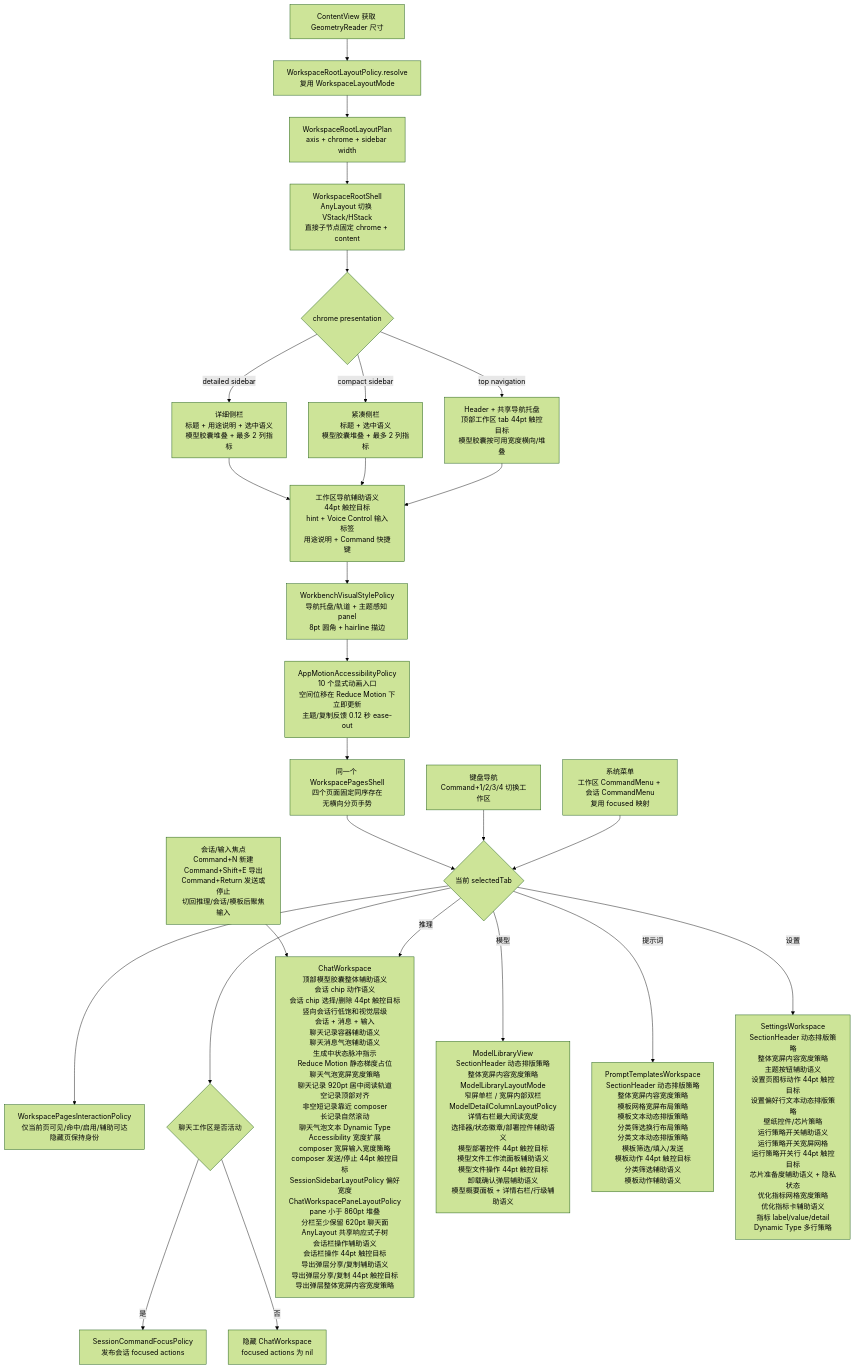
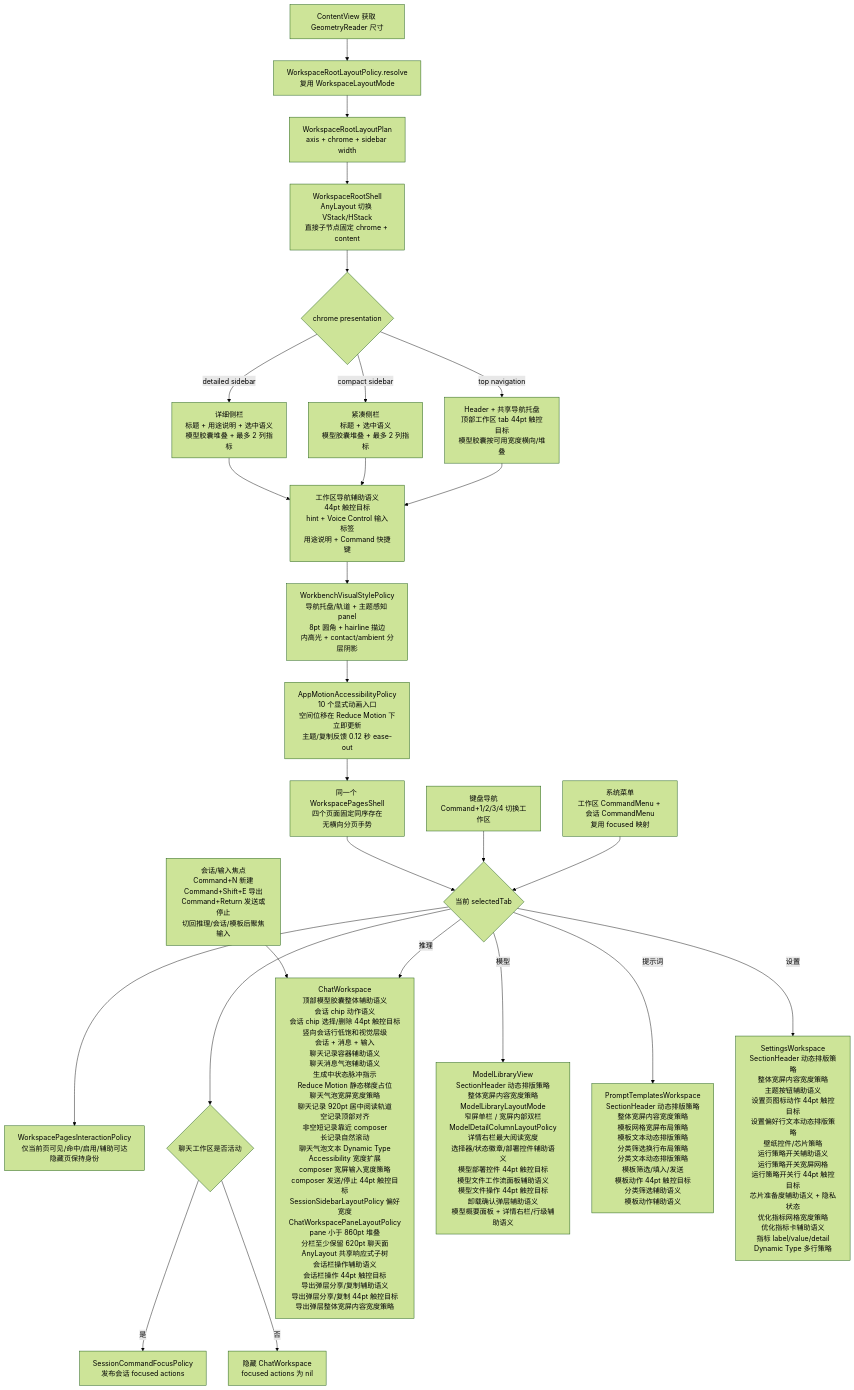
Before and after one commit to Altman-sam114/113: the fifth of 10 diagrams in md/flow/flowchart.md, drawn with Mermaid (forest theme). The commit also changed 8 other files, not shown here.

````diff
--- a/md/flow/flowchart.md
+++ b/md/flow/flowchart.md
@@ -94,28 +94,28 @@
 ```mermaid
 flowchart TD
     A[ContentView 获取 GeometryReader 尺寸] --> B[WorkspaceRootLayoutPolicy.resolve<br/>复用 WorkspaceLayoutMode]
     B --> C[WorkspaceRootLayoutPlan<br/>axis + chrome + sidebar width]
     C --> D[WorkspaceRootShell<br/>AnyLayout 切换 VStack/HStack<br/>直接子节点固定 chrome + content]
     D --> E{chrome presentation}
     E -- top navigation --> N[Header + 共享导航托盘<br/>顶部工作区 tab 44pt 触控目标<br/>模型胶囊按可用宽度横向/堆叠]
     E -- detailed sidebar --> O[详细侧栏<br/>标题 + 用途说明 + 选中语义<br/>模型胶囊堆叠 + 最多 2 列指标]
     E -- compact sidebar --> P[紧凑侧栏<br/>标题 + 选中语义<br/>模型胶囊堆叠 + 最多 2 列指标]
     O --> X[工作区导航辅助语义<br/>44pt 触控目标<br/>hint + Voice Control 输入标签<br/>用途说明 + Command 快捷键]
     P --> X
-    X --> V[WorkbenchVisualStylePolicy<br/>导航托盘/轨道 + 主题感知 panel<br/>8pt 圆角 + hairline 描边]
+    X --> V[WorkbenchVisualStylePolicy<br/>导航托盘/轨道 + 主题感知 panel<br/>8pt 圆角 + hairline 描边<br/>内高光 + contact/ambient 分层阴影]
     V --> R[AppMotionAccessibilityPolicy<br/>10 个显式动画入口<br/>空间位移在 Reduce Motion 下立即更新<br/>主题/复制反馈 0.12 秒 ease-out]
     R --> T[同一个 WorkspacePagesShell<br/>四个页面固定同序存在<br/>无横向分页手势]
     N --> X
     T --> F{当前 selectedTab}
     F --> Y[WorkspacePagesInteractionPolicy<br/>仅当前页可见/命中/启用/辅助可达<br/>隐藏页保持身份]
     K[键盘导航<br/>Command+1/2/3/4 切换工作区] --> F
     M[系统菜单<br/>工作区 CommandMenu + 会话 CommandMenu<br/>复用 focused 映射] --> F
     F --> Q{聊天工作区是否活动}
     Q -- 是 --> S[SessionCommandFocusPolicy<br/>发布会话 focused actions]
     Q -- 否 --> U[隐藏 ChatWorkspace<br/>focused actions 为 nil]
     L[会话/输入焦点<br/>Command+N 新建<br/>Command+Shift+E 导出<br/>Command+Return 发送或停止<br/>切回推理/会话/模板后聚焦输入] --> G
     F -- 推理 --> G[ChatWorkspace<br/>顶部模型胶囊整体辅助语义<br/>会话 chip 动作语义<br/>会话 chip 选择/删除 44pt 触控目标<br/>竖向会话行低饱和视觉层级<br/>会话 + 消息 + 输入<br/>聊天记录容器辅助语义<br/>聊天消息气泡辅助语义<br/>生成中状态脉冲指示<br/>Reduce Motion 静态梯度占位<br/>聊天气泡宽屏宽度策略<br/>聊天记录 920pt 居中阅读轨道<br/>空记录顶部对齐<br/>非空短记录靠近 composer<br/>长记录自然滚动<br/>聊天气泡文本 Dynamic Type<br/>Accessibility 宽度扩展<br/>composer 宽屏输入宽度策略<br/>composer 发送/停止 44pt 触控目标<br/>SessionSidebarLayoutPolicy 偏好宽度<br/>ChatWorkspacePaneLayoutPolicy<br/>pane 小于 860pt 堆叠<br/>分栏至少保留 620pt 聊天面<br/>AnyLayout 共享响应式子树<br/>会话栏操作辅助语义<br/>会话栏操作 44pt 触控目标<br/>导出弹层分享/复制辅助语义<br/>导出弹层分享/复制 44pt 触控目标<br/>导出弹层整体宽屏内容宽度策略]
     F -- 模型 --> H[ModelLibraryView<br/>SectionHeader 动态排版策略<br/>整体宽屏内容宽度策略<br/>ModelLibraryLayoutMode<br/>窄屏单栏 / 宽屏内部双栏<br/>ModelDetailColumnLayoutPolicy<br/>详情右栏最大阅读宽度<br/>选择器/状态徽章/部署控件辅助语义<br/>模型部署控件 44pt 触控目标<br/>模型文件工作流面板辅助语义<br/>模型文件操作 44pt 触控目标<br/>卸载确认弹层辅助语义<br/>模型概要面板 + 详情右栏/行级辅助语义]
     F -- 提示词 --> I[PromptTemplatesWorkspace<br/>SectionHeader 动态排版策略<br/>整体宽屏内容宽度策略<br/>模板网格宽屏布局策略<br/>模板文本动态排版策略<br/>分类筛选换行布局策略<br/>分类文本动态排版策略<br/>模板筛选/填入/发送<br/>模板动作 44pt 触控目标<br/>分类筛选辅助语义<br/>模板动作辅助语义]
     F -- 设置 --> J[SettingsWorkspace<br/>SectionHeader 动态排版策略<br/>整体宽屏内容宽度策略<br/>主题按钮辅助语义<br/>设置页图标动作 44pt 触控目标<br/>设置偏好行文本动态排版策略<br/>壁纸控件/芯片策略<br/>运行策略开关辅助语义<br/>运行策略开关宽屏网格<br/>运行策略开关行 44pt 触控目标<br/>芯片准备度辅助语义 + 隐私状态<br/>优化指标网格宽度策略<br/>优化指标卡辅助语义<br/>指标 label/value/detail<br/>Dynamic Type 多行策略]
 ```
````
